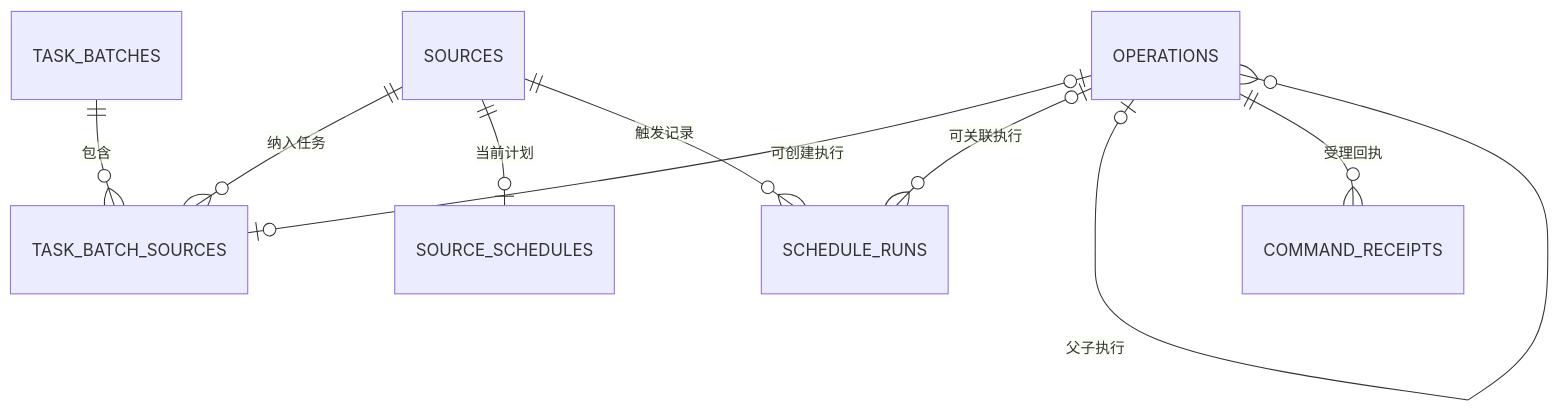
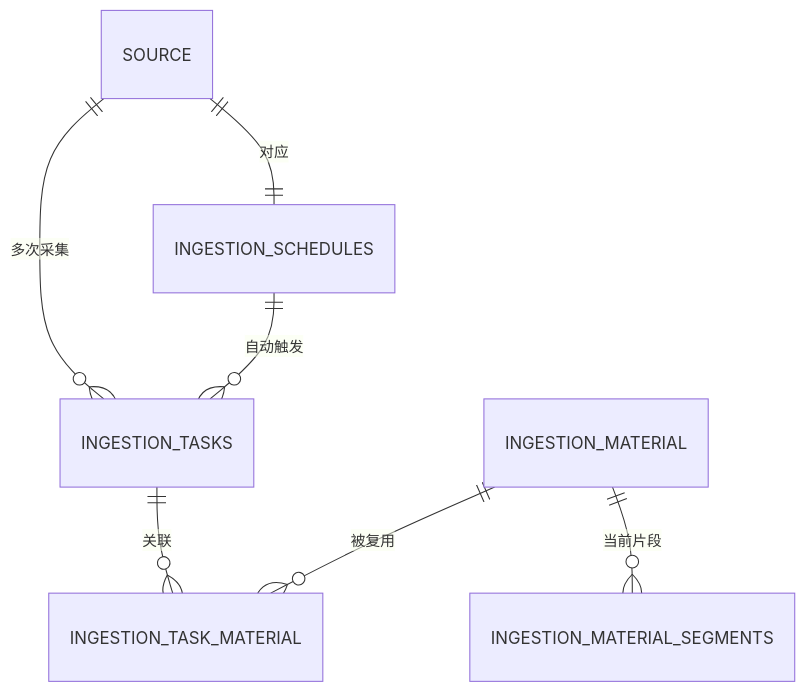
Before and after one commit to caojingwen1996/obsidian_kb: the diagram in tools/RiskHot/docs/system-design/04-系统架构设计/01-数据模型与存储设计/F01信息接入模块数据模型与存储设计.md, drawn with Mermaid. The commit also changed other lines of this file and 517 other files, not shown here.

````diff
--- a/tools/RiskHot/docs/system-design/04-系统架构设计/01-数据模型与存储设计/F01信息接入模块数据模型与存储设计.md
+++ b/tools/RiskHot/docs/system-design/04-系统架构设计/01-数据模型与存储设计/F01信息接入模块数据模型与存储设计.md
@@ -35,11 +21,9 @@
 ```mermaid
 erDiagram
-    SOURCES ||--o{ TASK_BATCH_SOURCES : 纳入任务
-    TASK_BATCHES ||--o{ TASK_BATCH_SOURCES : 包含
-    OPERATIONS o|--o| TASK_BATCH_SOURCES : 可创建执行
-    SOURCES ||--o| SOURCE_SCHEDULES : 当前计划
-    SOURCES ||--o{ SCHEDULE_RUNS : 触发记录
-    OPERATIONS o|--o{ SCHEDULE_RUNS : 可关联执行
-    OPERATIONS o|--o{ OPERATIONS : 父子执行
-    OPERATIONS ||--o{ COMMAND_RECEIPTS : 受理回执
+    SOURCE ||--|| INGESTION_SCHEDULES : 对应
+    SOURCE ||--o{ INGESTION_TASKS : 多次采集
+    INGESTION_SCHEDULES ||--o{ INGESTION_TASKS : 自动触发
+    INGESTION_TASKS ||--o{ INGESTION_TASK_MATERIAL : 关联
+    INGESTION_MATERIAL ||--o{ INGESTION_TASK_MATERIAL : 被复用
+    INGESTION_MATERIAL ||--o{ INGESTION_MATERIAL_SEGMENTS : 当前片段
 ```
````
